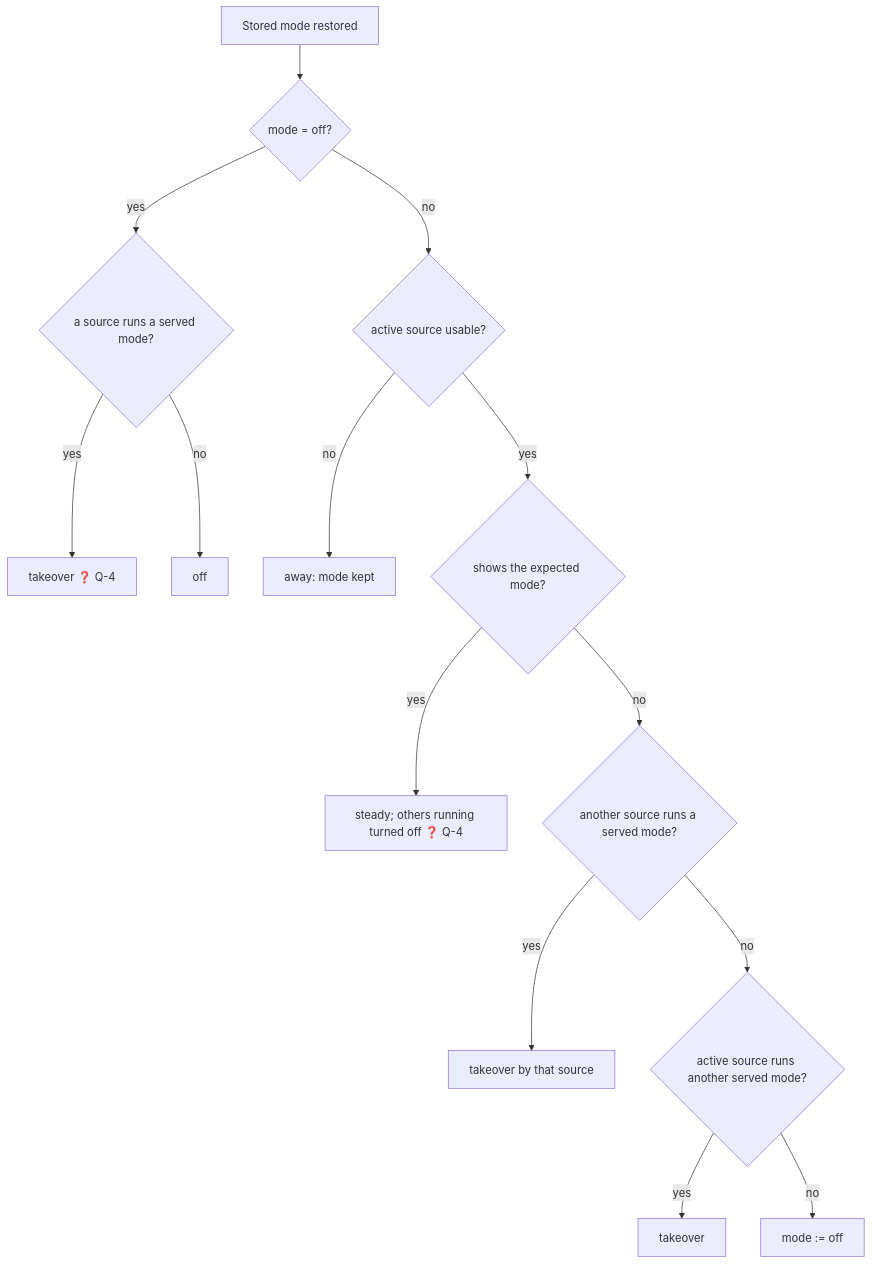
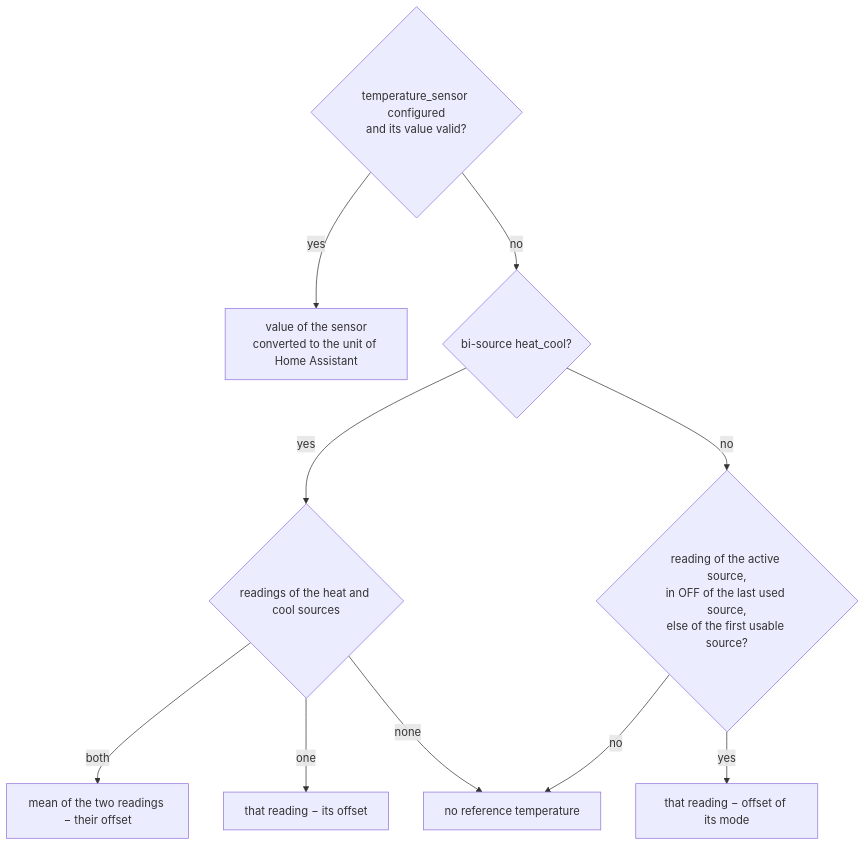
Before and after one commit to marsoupilami25/adaptative-climate: diagram 11 of 16 in SPEC.md, drawn with Mermaid. The commit also changed other lines of this file, not shown here.

````diff
--- a/SPEC.md
+++ b/SPEC.md
@@ -1006,16 +1272,12 @@
 ```mermaid
 flowchart TD
-    S[Stored mode restored] --> A{mode = off?}
-    A -- yes --> A1{a source runs a served mode?}
-    A1 -- yes --> TK[takeover ❓ Q-4]
-    A1 -- no --> OFF[off]
-    A -- no --> B{active source usable?}
-    B -- no --> AW[away: mode kept]
-    B -- yes --> C{shows the expected mode?}
-    C -- yes --> R[steady; others running turned off ❓ Q-4]
-    C -- no --> D{another source runs a served mode?}
-    D -- yes --> TK2[takeover by that source]
-    D -- no --> E{active source runs another served mode?}
-    E -- yes --> TK3[takeover]
-    E -- no --> OF[mode := off]
+    S{temperature_sensor configured<br/>and its value valid?} -- yes --> V[value of the sensor<br/>converted to the unit of Home Assistant]
+    S -- no --> B{bi-source heat_cool?}
+    B -- yes --> BR{readings of the heat and cool sources}
+    BR -- both --> M[mean of the two readings − their offset]
+    BR -- one --> O[that reading − its offset]
+    BR -- none --> N
+    B -- no --> A{reading of the active source,<br/>in OFF of the last used source,<br/>else of the first usable source?}
+    A -- yes --> R[that reading − offset of its mode]
+    A -- no --> N[no reference temperature]
 ```
````
